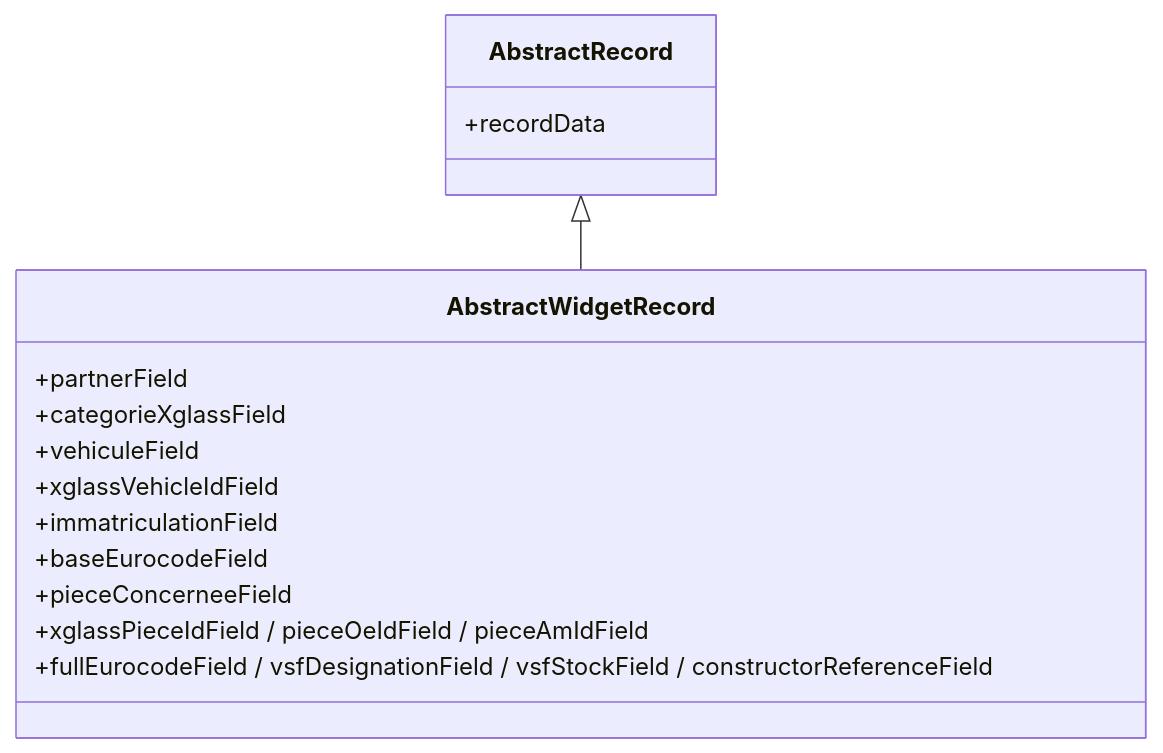
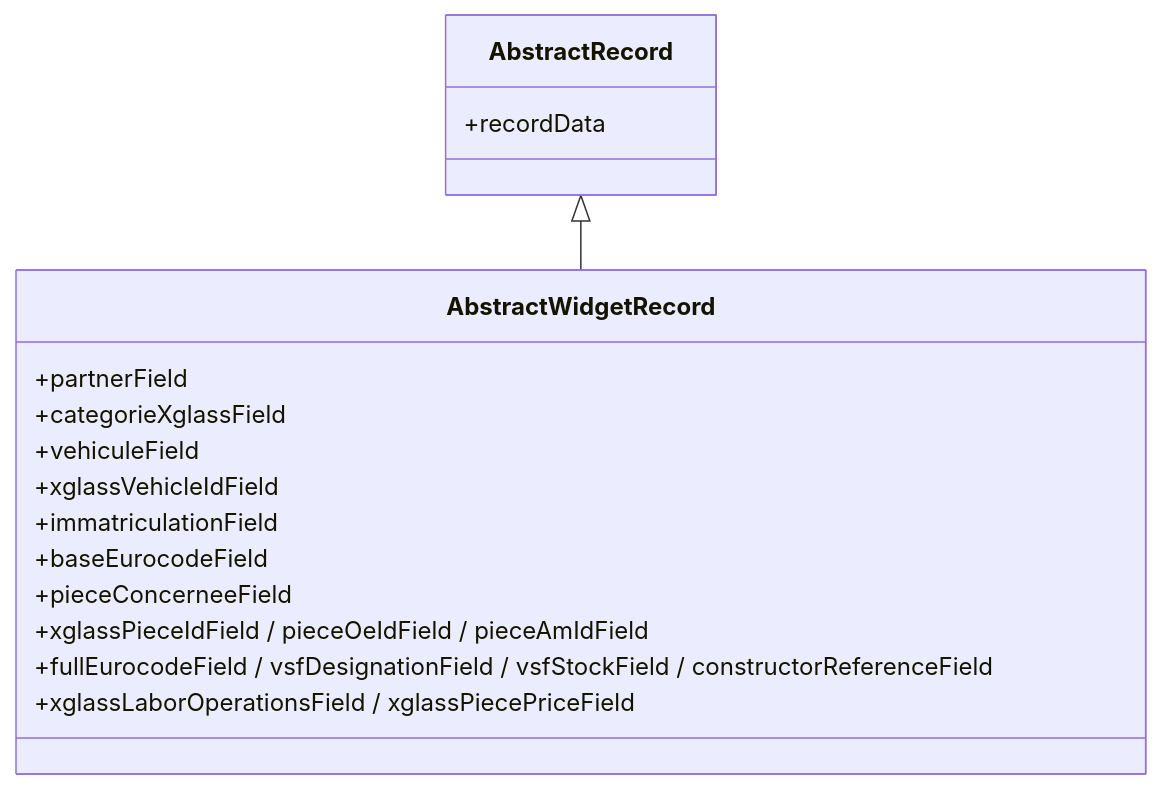
Before and after one commit to rpbmSdk/rpbm: the third of 4 diagrams in rpbm_agent/docs/technique/frontend.md, drawn with Mermaid. The commit also changed other lines of this file and 32 other files, not shown here.

````diff
--- a/rpbm_agent/docs/technique/frontend.md
+++ b/rpbm_agent/docs/technique/frontend.md
@@ -276,18 +289,19 @@
 ```mermaid
 classDiagram
     class AbstractRecord {
         +recordData
     }
     class AbstractWidgetRecord {
         +partnerField
         +categorieXglassField
         +vehiculeField
         +xglassVehicleIdField
         +immatriculationField
         +baseEurocodeField
         +pieceConcerneeField
         +xglassPieceIdField / pieceOeIdField / pieceAmIdField
         +fullEurocodeField / vsfDesignationField / vsfStockField / constructorReferenceField
+        +xglassLaborOperationsField / xglassPiecePriceField
     }
     AbstractRecord <|-- AbstractWidgetRecord
 ```
````
